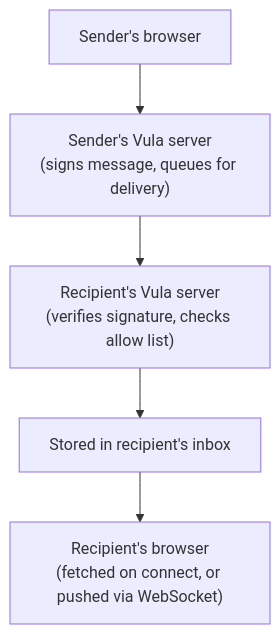
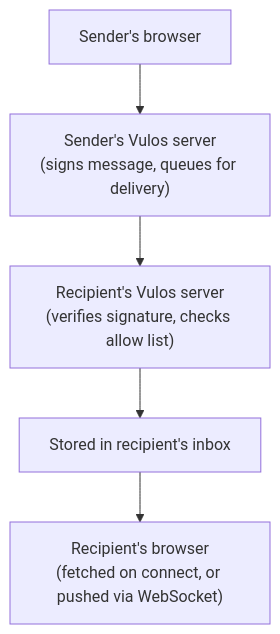
Before and after one commit to vul-os/vulos: the third of 13 diagrams in roadmap/PEERING.md, drawn with Mermaid. The commit also changed other lines of this file and 138 other files, not shown here.

````diff
--- a/roadmap/PEERING.md
+++ b/roadmap/PEERING.md
@@ -181,7 +181,7 @@
 ```mermaid
 flowchart TD
-    A["Sender's browser"] --> B["Sender's Vula server<br/>(signs message, queues for delivery)"]
-    B --> C["Recipient's Vula server<br/>(verifies signature, checks allow list)"]
+    A["Sender's browser"] --> B["Sender's Vulos server<br/>(signs message, queues for delivery)"]
+    B --> C["Recipient's Vulos server<br/>(verifies signature, checks allow list)"]
     C --> D["Stored in recipient's inbox"]
     D --> E["Recipient's browser<br/>(fetched on connect, or pushed via WebSocket)"]
 ```
````
